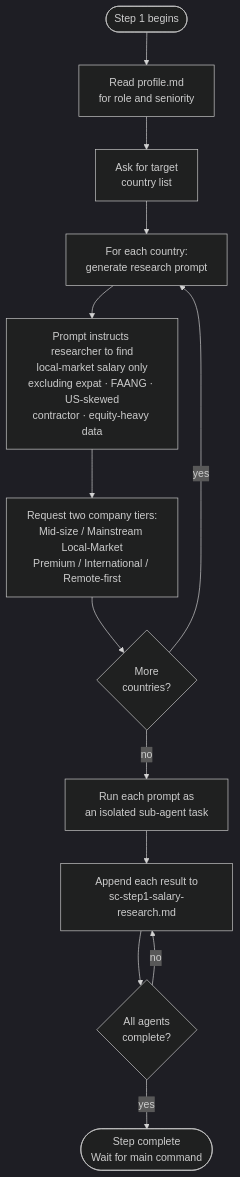
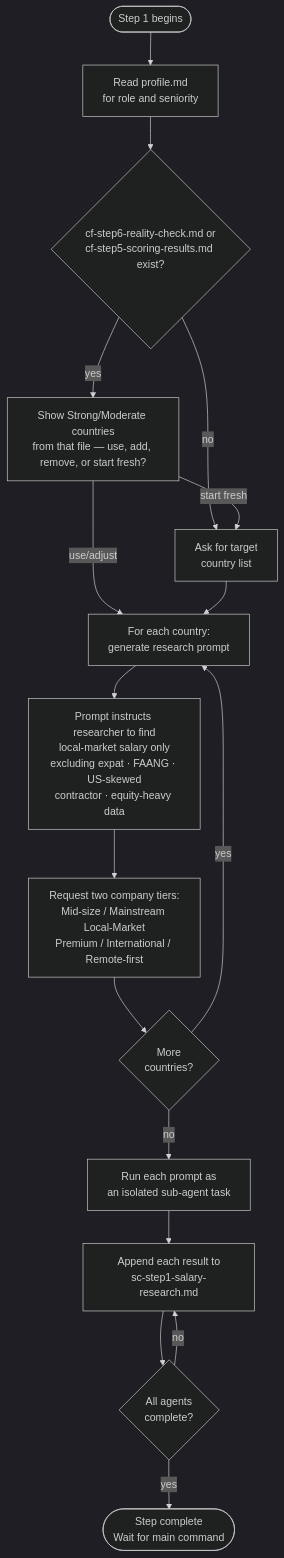
Before and after one commit to myowinthein/agent-compass: the diagram in docs/commands/salary-calculator/step1-research-prompt-generator.md, drawn with Mermaid (dark theme). The commit also changed other lines of this file and 5 other files, not shown here.

````diff
--- a/docs/commands/salary-calculator/step1-research-prompt-generator.md
+++ b/docs/commands/salary-calculator/step1-research-prompt-generator.md
@@ -14,15 +14,19 @@
 ```mermaid
 flowchart TD
   Start([Step 1 begins]) --> ReadProfile[Read profile.md\nfor role and seniority]
-  ReadProfile --> AskList[Ask for target\ncountry list]
+  ReadProfile --> CFCheck{cf-step6-reality-check.md or\ncf-step5-scoring-results.md exist?}
+  CFCheck -->|yes| Offer[Show Strong/Moderate countries\nfrom that file — use, add, remove, or start fresh?]
+  CFCheck -->|no| AskList[Ask for target\ncountry list]
+  Offer -->|start fresh| AskList
+  Offer -->|use/adjust| ForEach
   AskList --> ForEach[For each country:\ngenerate research prompt]
   ForEach --> Prompt[Prompt instructs researcher to find\nlocal-market salary only\nexcluding expat · FAANG · US-skewed\ncontractor · equity-heavy data]
   Prompt --> Tiers[Request two company tiers:\nMid-size / Mainstream Local-Market\nPremium / International / Remote-first]
   Tiers --> More{More\ncountries?}
   More -->|yes| ForEach
   More -->|no| Agents[Run each prompt as\nan isolated sub-agent task]
   Agents --> Append[Append each result to\nsc-step1-salary-research.md]
   Append --> AllDone{All agents\ncomplete?}
   AllDone -->|no| Append
   AllDone -->|yes| Done([Step complete\nWait for main command])
 ```
````
